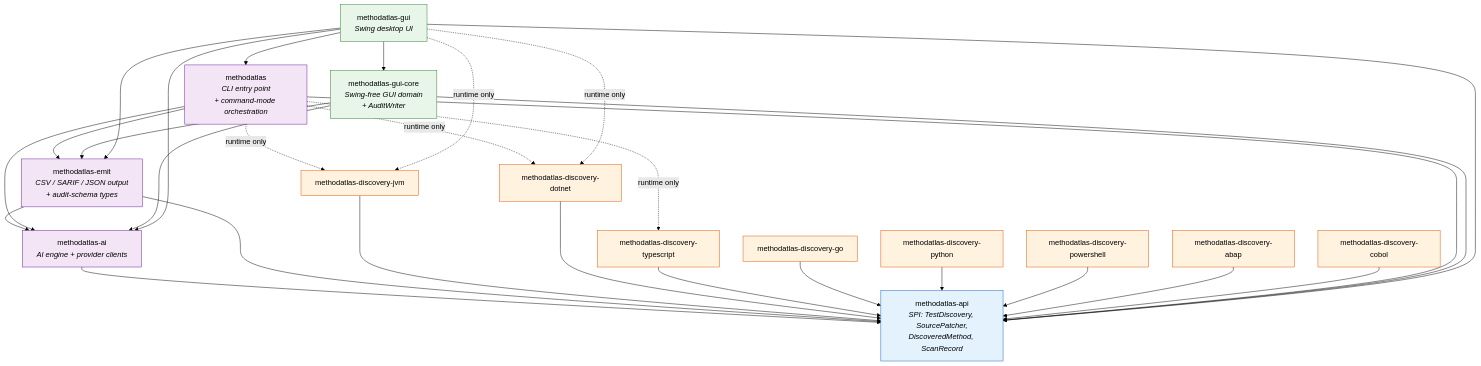
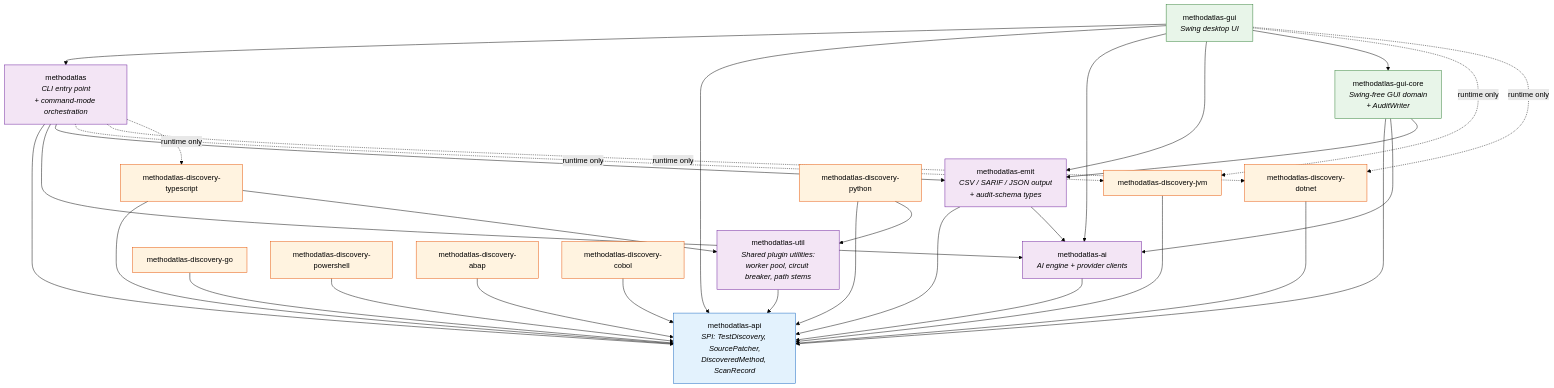
The diagram in docs/architecture.md (Accenture/MethodAtlas), drawn with Mermaid (forest theme) before and after one commit. The commit also changed other lines of this file and 44 other files, not shown here.

First line of the commit message:
refactor: extract shared discovery util module; fix FQCN and parser bugs

````diff
--- a/docs/architecture.md
+++ b/docs/architecture.md
@@ -11,57 +11,61 @@
 ```mermaid
 flowchart TD
     classDef api fill:#e3f2fd,stroke:#1565c0
     classDef plugin fill:#fff3e0,stroke:#e65100
     classDef core fill:#f3e5f5,stroke:#6a1b9a
     classDef gui fill:#e8f5e9,stroke:#2e7d32
 
     api[methodatlas-api<br/><i>SPI: TestDiscovery, SourcePatcher,<br/>DiscoveredMethod, ScanRecord</i>]:::api
+    util[methodatlas-util<br/><i>Shared plugin utilities:<br/>worker pool, circuit breaker, path stems</i>]:::core
 
     ai[methodatlas-ai<br/><i>AI engine + provider clients</i>]:::core
     emit[methodatlas-emit<br/><i>CSV / SARIF / JSON output<br/>+ audit-schema types</i>]:::core
 
     jvm[methodatlas-discovery-jvm]:::plugin
     dotnet[methodatlas-discovery-dotnet]:::plugin
     ts[methodatlas-discovery-typescript]:::plugin
     go[methodatlas-discovery-go]:::plugin
     py[methodatlas-discovery-python]:::plugin
     ps[methodatlas-discovery-powershell]:::plugin
     abap[methodatlas-discovery-abap]:::plugin
     cobol[methodatlas-discovery-cobol]:::plugin
 
     root[methodatlas<br/><i>CLI entry point<br/>+ command-mode orchestration</i>]:::core
 
     guicore[methodatlas-gui-core<br/><i>Swing-free GUI domain<br/>+ AuditWriter</i>]:::gui
     gui[methodatlas-gui<br/><i>Swing desktop UI</i>]:::gui
 
+    util --> api
     ai --> api
     emit --> api
     emit --> ai
     jvm --> api
     dotnet --> api
     ts --> api
+    ts --> util
     go --> api
     py --> api
+    py --> util
     ps --> api
     abap --> api
     cobol --> api
 
     root --> api
     root --> ai
     root --> emit
     root -. runtime only .-> jvm
     root -. runtime only .-> dotnet
     root -. runtime only .-> ts
 
     guicore --> api
     guicore --> ai
     guicore --> emit
 
     gui --> root
     gui --> api
     gui --> ai
     gui --> emit
     gui --> guicore
     gui -. runtime only .-> jvm
     gui -. runtime only .-> dotnet
 ```
````
